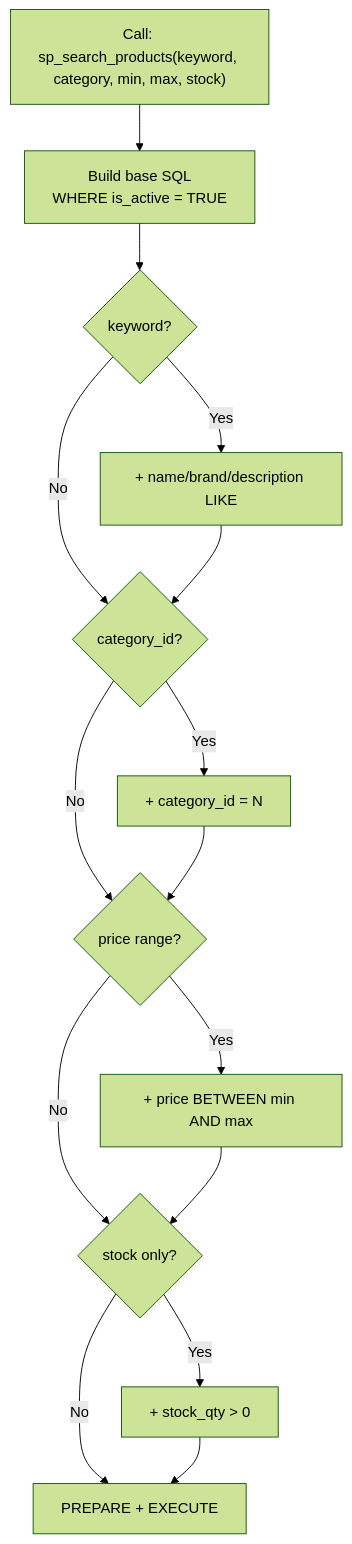
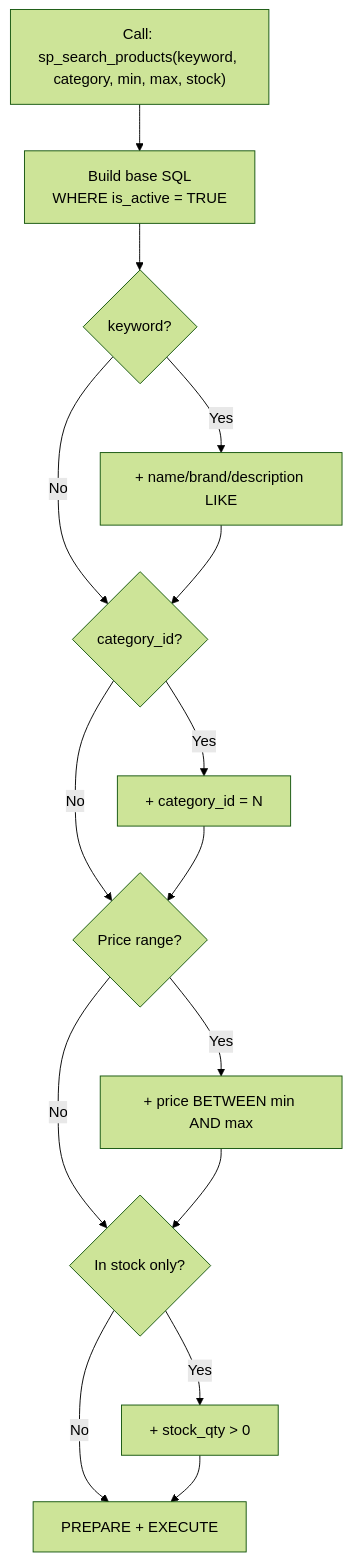
Before and after one commit to civilian7/sql-tutorial: diagram 11 of 15 in docs/en/schema/procedures.md, drawn with Mermaid (forest theme). The commit also changed other lines of this file and 121 other files, not shown here.

````diff
--- a/docs/en/schema/procedures.md
+++ b/docs/en/schema/procedures.md
@@ -1070,18 +1085,18 @@
 ```mermaid
 flowchart TD
     A["Call: sp_search_products(keyword, category, min, max, stock)"] --> B["Build base SQL
     WHERE is_active = TRUE"]
     B --> C{"keyword?"}
     C -- Yes --> D["+ name/brand/description LIKE"]
     C -- No --> E{"category_id?"}
     D --> E
     E -- Yes --> F["+ category_id = N"]
-    E -- No --> G{"price range?"}
+    E -- No --> G{"Price range?"}
     F --> G
     G -- Yes --> H["+ price BETWEEN min AND max"]
-    G -- No --> I{"stock only?"}
+    G -- No --> I{"In stock only?"}
     H --> I
     I -- Yes --> J["+ stock_qty > 0"]
     I -- No --> K["PREPARE + EXECUTE"]
     J --> K
 ```
````
